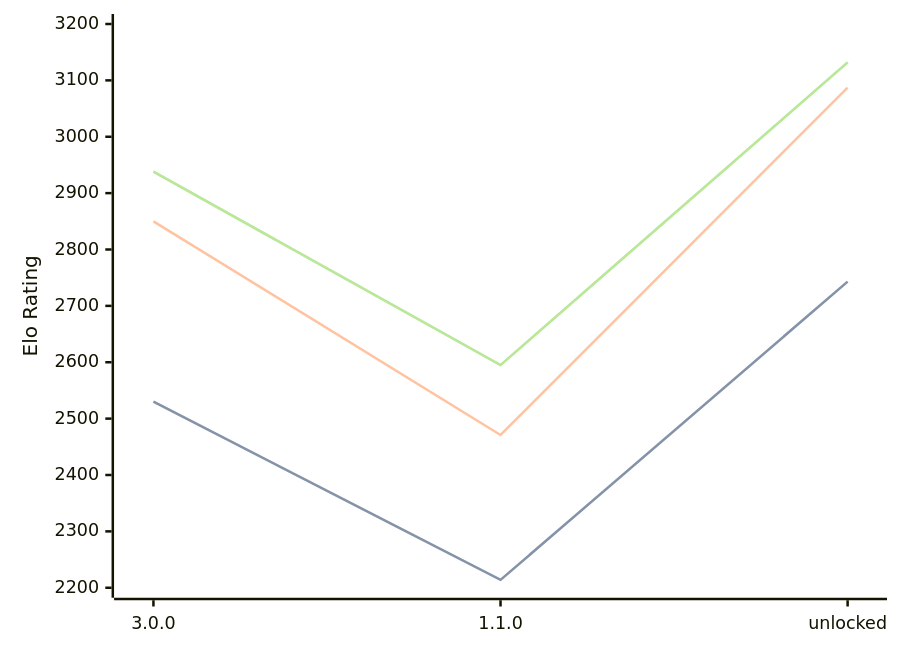
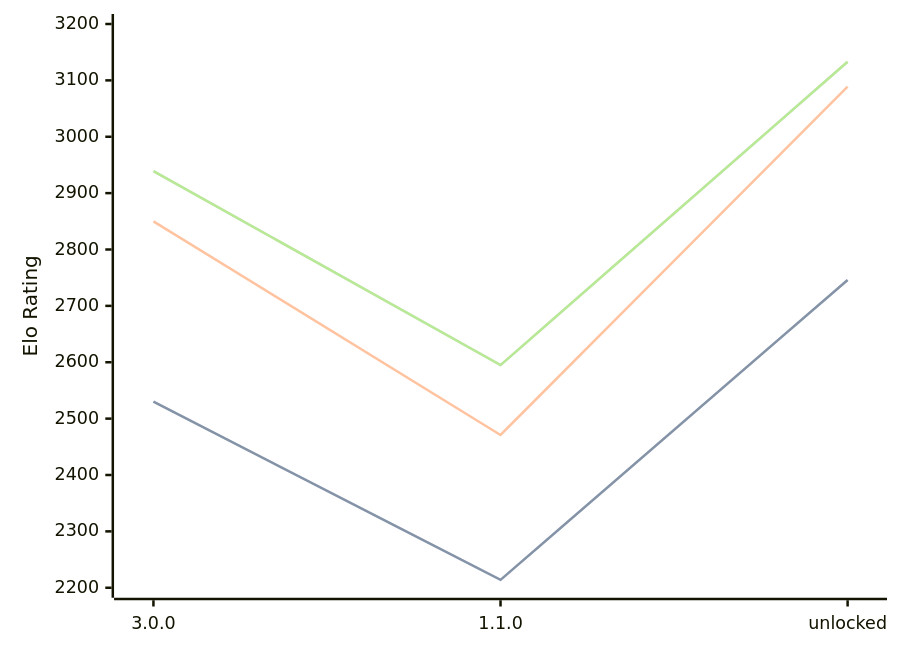
One commit to computer-chess-index/cci changed the diagram in engines/Potential.md. Above: the diagram before and after it, drawn with Mermaid. The commit also changed other lines of this file, not shown here.

Commit message:
Update CCI Ratings (ELO VLTC) - 2026-08-19

````diff
--- a/engines/Potential.md
+++ b/engines/Potential.md
@@ -33,11 +33,11 @@
 ```mermaid
 %%{init: {"theme":"base","themeVariables":{"seriesColors:['#a3a3a3','#222221','#faa371']}}}%%
 xychart-beta
   x-axis ["3.0.0", "1.1.0", "unlocked"]
   y-axis "Elo Rating" 2200 --> 3200
-  line "STC (8.0+0.08s)" [2530, 2214, 2743]
-  line "STC (8.0+0.08s)" [2530, 2214, 2743]
-  line "LTC (60.0+0.60s)" [2850, 2471, 3087]
-  line "VLTC (2m24s+1.12s)" [2938, 2595, 3132]
-  line "VLTC (2m24s+1.12s)" [2938, 2595, 3132]
+  line "STC (8.0+0.08s)" [2530, 2214, 2746]
+  line "STC (8.0+0.08s)" [2530, 2214, 2746]
+  line "LTC (60.0+0.60s)" [2850, 2471, 3089]
+  line "VLTC (2m24s+1.12s)" [2939, 2595, 3133]
+  line "VLTC (2m24s+1.12s)" [2939, 2595, 3133]
 ```
````
